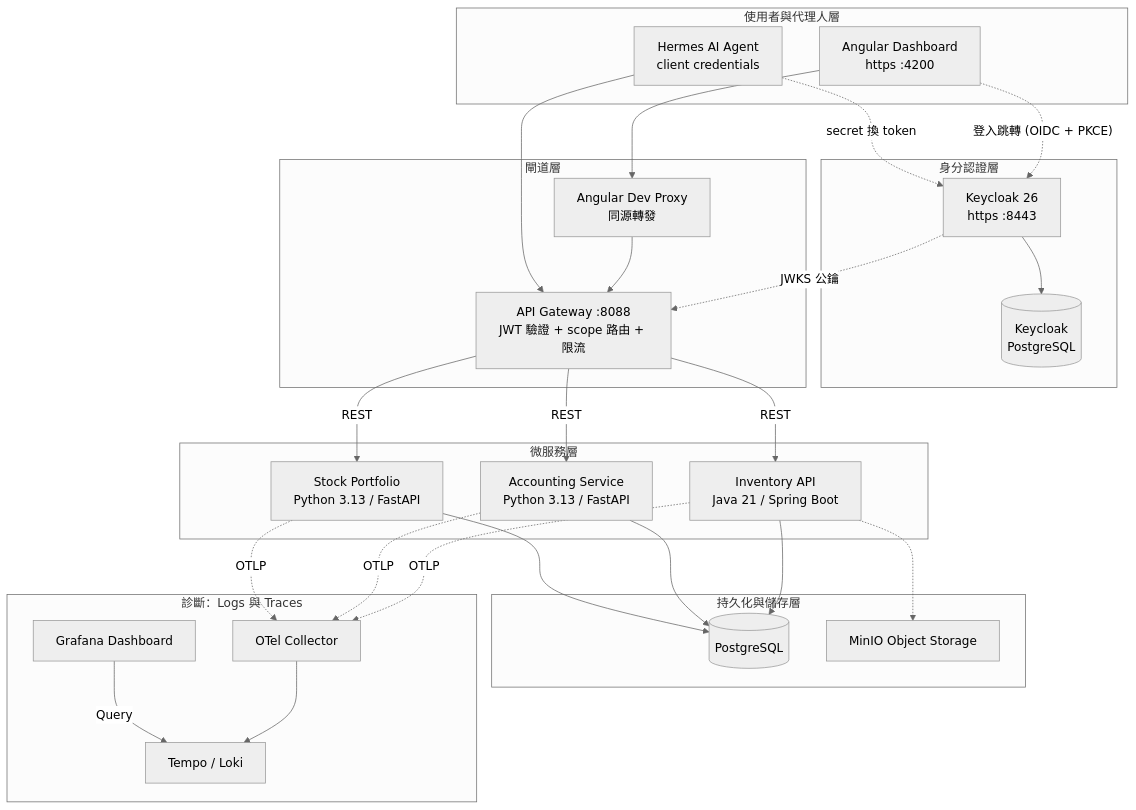
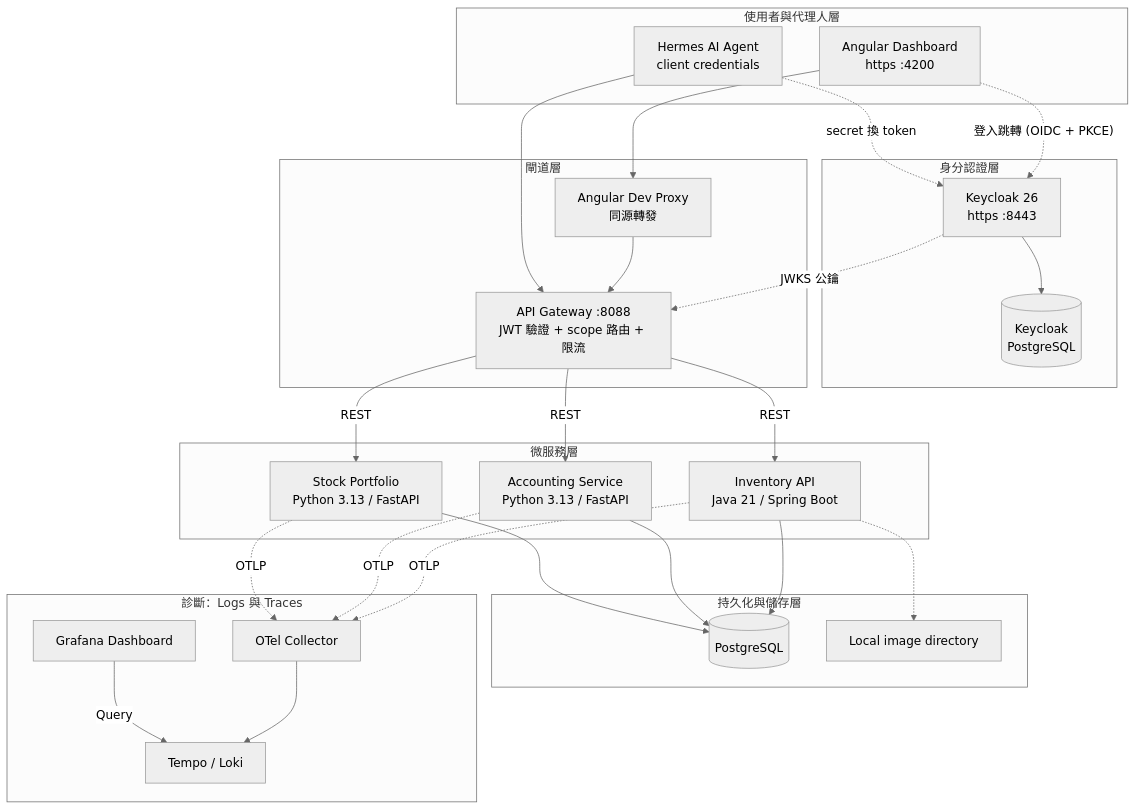
The diagram in README.md (chihyishen/home-service-hub), drawn with Mermaid (neutral theme) before and after one commit. The commit also changed other lines of this file and 21 other files, not shown here.

First line of the commit message:
feat(inventory): store item images on local disk

````diff
--- a/README.md
+++ b/README.md
@@ -14,66 +14,66 @@
 ```mermaid
 graph TD
     %% 1. 存取層
     subgraph Access_Layer [使用者與代理人層]
         UI[Angular Dashboard<br/>https :4200]
         Agent[Hermes AI Agent<br/>client credentials]
     end
 
     %% 2. 身分認證
     subgraph Identity [身分認證層]
         Keycloak[Keycloak 26<br/>https :8443]
         KCDB[(Keycloak<br/>PostgreSQL)]
     end
 
     %% 3. 閘道
     subgraph Gateway_Layer [閘道層]
         Proxy[Angular Dev Proxy<br/>同源轉發]
         Gateway[API Gateway :8088<br/>JWT 驗證 + scope 路由 + 限流]
     end
 
     %% 4. 服務層
     subgraph Service_Layer [微服務層]
         Inventory[Inventory API<br/>Java 21 / Spring Boot]
         Accounting[Accounting Service<br/>Python 3.13 / FastAPI]
         Stock[Stock Portfolio<br/>Python 3.13 / FastAPI]
     end
 
     %% 5. 資料層
     subgraph Data_Layer [持久化與儲存層]
         Postgres[(PostgreSQL)]
-        MinIO[MinIO Object Storage]
+        Images[Local image directory]
     end
 
     %% 6. 可觀測性層
     subgraph Obs_Layer [診斷：Logs 與 Traces]
         Collector[OTel Collector]
         Grafana[Grafana Dashboard]
         Tempo[Tempo / Loki]
     end
 
     %% 認證流
     UI -.->|"登入跳轉 (OIDC + PKCE)"| Keycloak
     Agent -.->|"secret 換 token"| Keycloak
     Keycloak --> KCDB
     Keycloak -.->|"JWKS 公鑰"| Gateway
 
     %% 請求流（皆帶 Bearer token）
     UI --> Proxy
     Proxy --> Gateway
     Agent --> Gateway
     Gateway -->|REST| Inventory
     Gateway -->|REST| Accounting
     Gateway -->|REST| Stock
 
     Inventory --> Postgres
     Accounting --> Postgres
     Stock --> Postgres
-    Inventory -.-> MinIO
+    Inventory -.-> Images
 
     %% 可觀測性流
     Inventory -.->|OTLP| Collector
     Accounting -.->|OTLP| Collector
     Stock -.->|OTLP| Collector
     Collector --> Tempo
     Grafana -->|Query| Tempo
 ```
````
